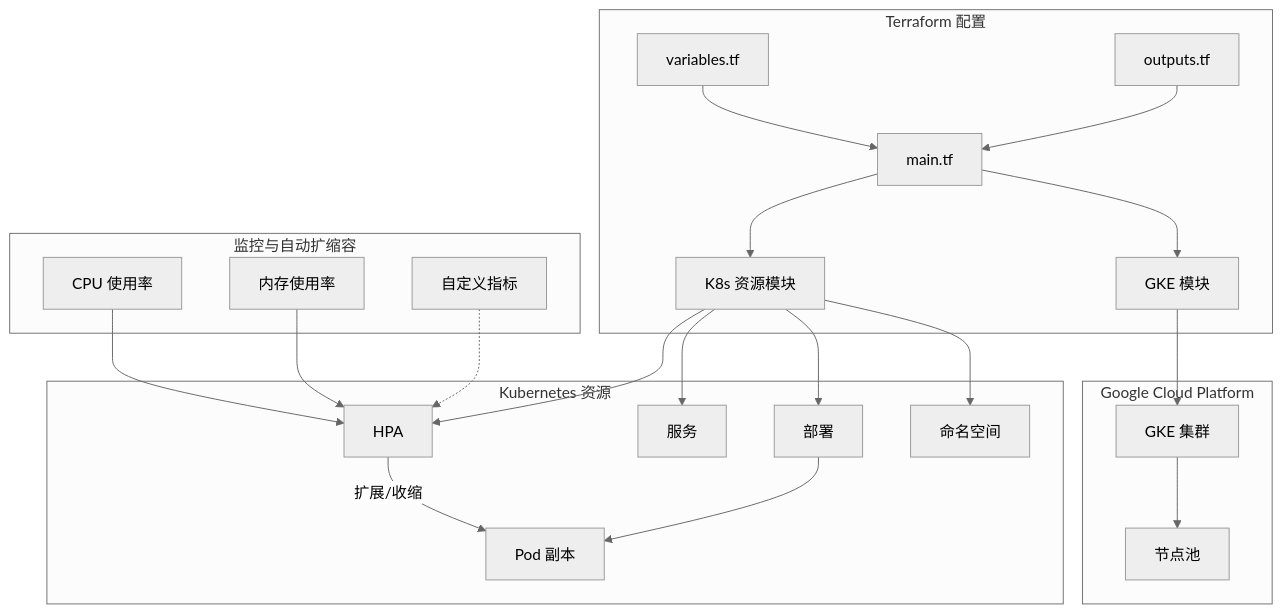
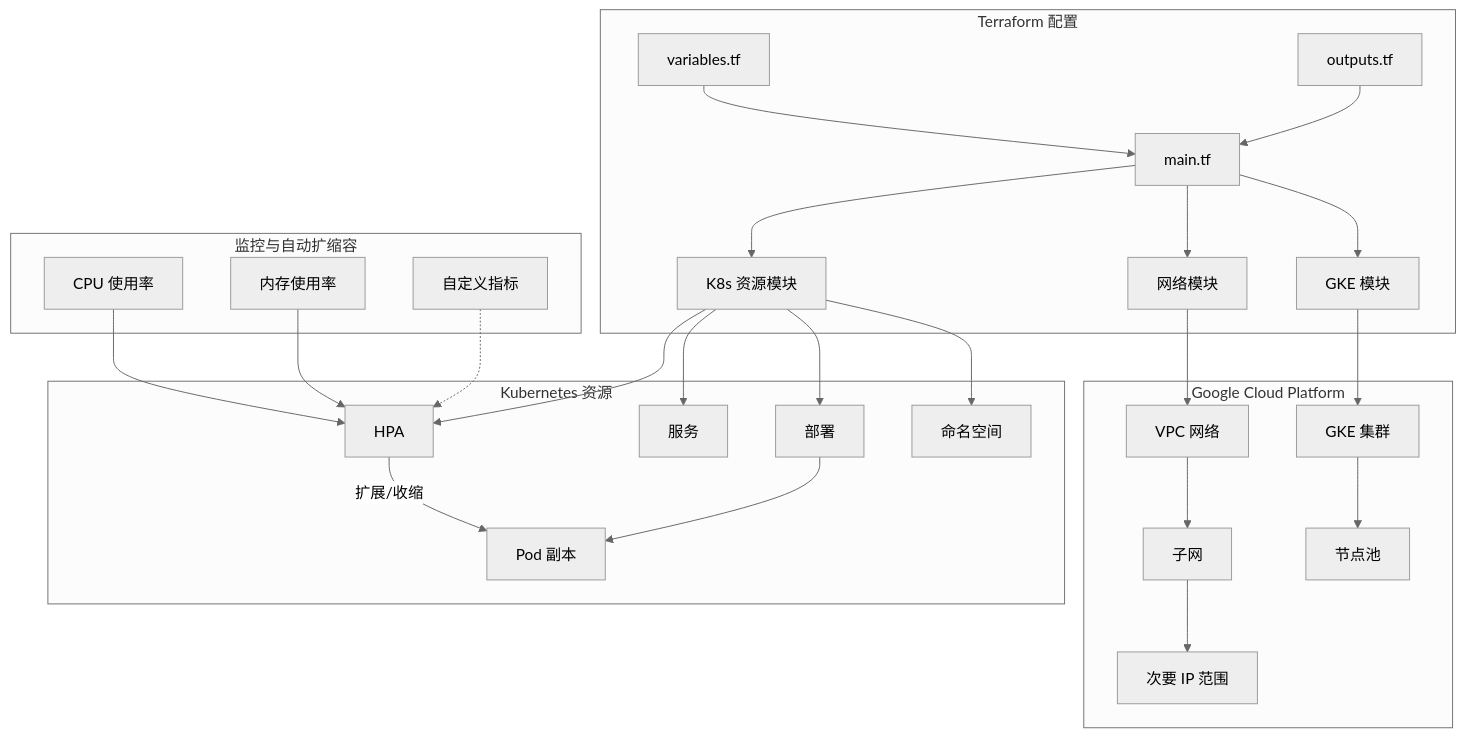
The diagram in tf-gcp-hpa/README.md (PatHoo/HKC), drawn with Mermaid (neutral theme) before and after one commit. The commit also changed other lines of this file and 7 other files, not shown here.

````diff
--- a/tf-gcp-hpa/README.md
+++ b/tf-gcp-hpa/README.md
@@ -7,29 +9,33 @@
 ```mermaid
 graph TD
     subgraph "Terraform 配置"
         A[main.tf] --> B[GKE 模块]
+        A --> P[网络模块]
         A --> C[K8s 资源模块]
         D[variables.tf] --> A
         E[outputs.tf] --> A
     end
     
     subgraph "Google Cloud Platform"
+        P --> Q[VPC 网络]
+        Q --> R[子网]
+        R --> S[次要 IP 范围]
         B --> F[GKE 集群]
         F --> G[节点池]
     end
     
     subgraph "Kubernetes 资源"
         C --> H[命名空间]
         C --> I[部署]
         C --> J[服务]
         C --> K[HPA]
         I --> L[Pod 副本]
         K -- "扩展/收缩" --> L
     end
     
     subgraph "监控与自动扩缩容"
         M[CPU 使用率] --> K
         N[内存使用率] --> K
         O[自定义指标] -.-> K
     end
 ```
````
